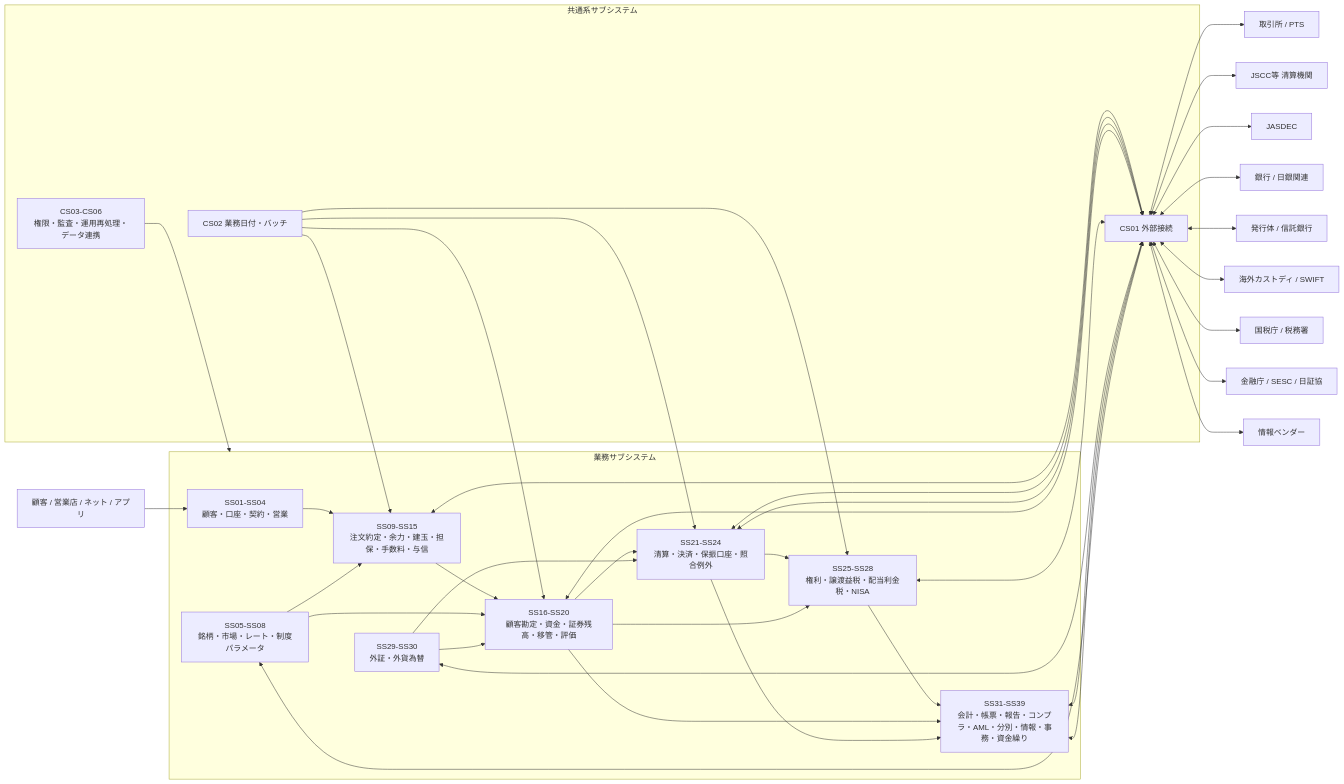
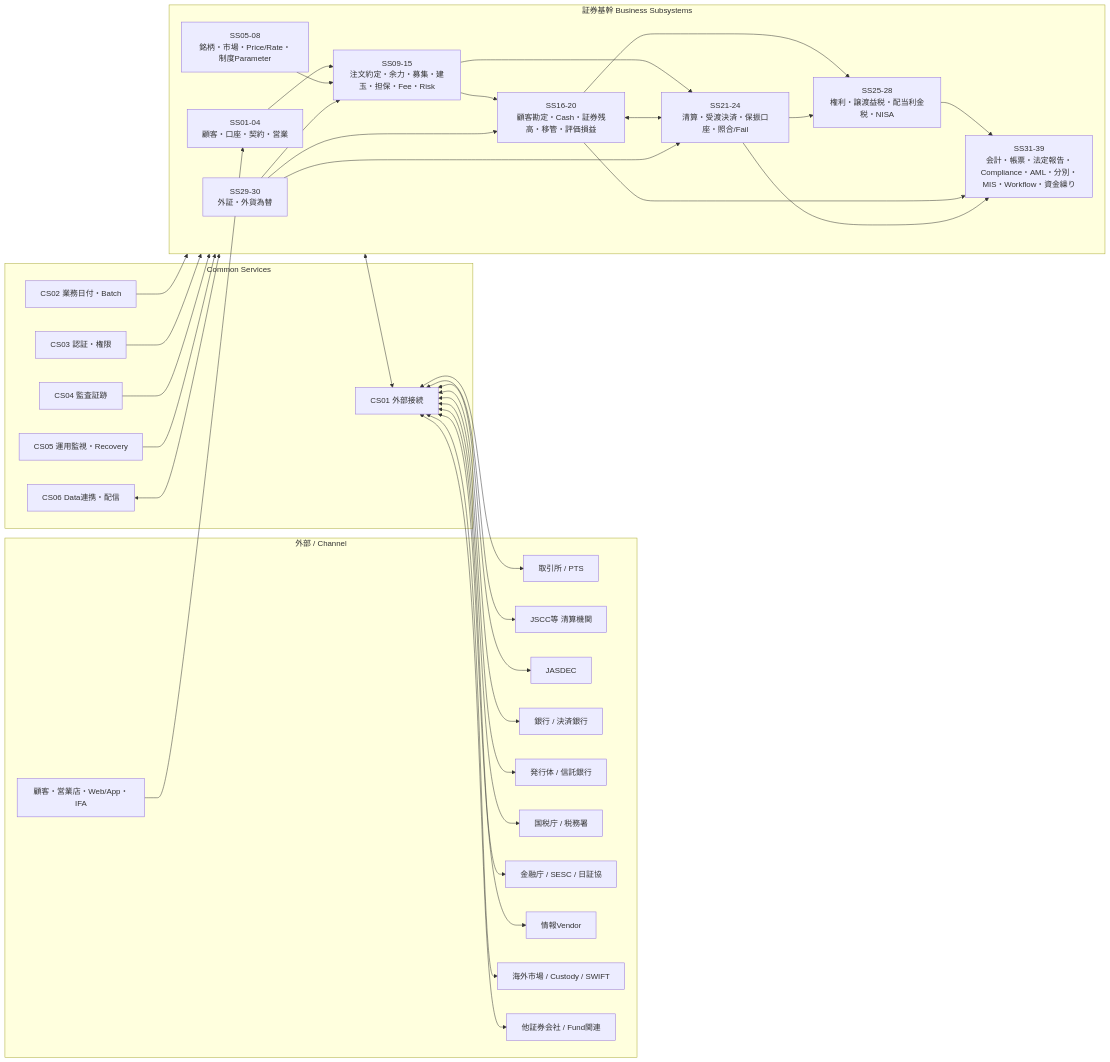
The first of 3 diagrams in docs/01-architecture/SYSTEM_LANDSCAPE.md (skyTreeCN/jp-securitie-skills), drawn with Mermaid before and after one commit. The commit also changed other lines of this file, not shown here.

````diff
--- a/docs/01-architecture/SYSTEM_LANDSCAPE.md
+++ b/docs/01-architecture/SYSTEM_LANDSCAPE.md
@@ -9,57 +10,70 @@
 ```mermaid
 flowchart LR
-  CUST[顧客 / 営業店 / ネット / アプリ]
-  MKT[取引所 / PTS]
-  CLR[JSCC等 清算機関]
-  JAS[JASDEC]
-  BANK[銀行 / 日銀関連]
-  ISS[発行体 / 信託銀行]
-  TAX[国税庁 / 税務署]
-  REG[金融庁 / SESC / 日証協]
-  CUS[海外カストディ / SWIFT]
-  INFO[情報ベンダー]
 
-  subgraph CORE[業務サブシステム]
-    A[SS01-SS04\n顧客・口座・契約・営業]
-    B[SS05-SS08\n銘柄・市場・レート・制度パラメータ]
-    C[SS09-SS15\n注文約定・余力・建玉・担保・手数料・与信]
-    D[SS16-SS20\n顧客勘定・資金・証券残高・移管・評価]
-    E[SS21-SS24\n清算・決済・保振口座・照合例外]
-    F[SS25-SS28\n権利・譲渡益税・配当利金税・NISA]
-    G[SS29-SS30\n外証・外貨為替]
-    H[SS31-SS39\n会計・帳票・報告・コンプラ・AML・分別・情報・事務・資金繰り]
+  subgraph EXT[外部 / Channel]
+    CUST[顧客・営業店・Web/App・IFA]
+    MKT[取引所 / PTS]
+    CCP[JSCC等 清算機関]
+    JAS[JASDEC]
+    BANK[銀行 / 決済銀行]
+    ISS[発行体 / 信託銀行]
+    TAX[国税庁 / 税務署]
+    REG[金融庁 / SESC / 日証協]
+    VEND[情報Vendor]
+    GC[海外市場 / Custody / SWIFT]
+    OTH[他証券会社 / Fund関連]
   end
 
-  subgraph COMMON[共通系サブシステム]
-    X[CS01 外部接続]
-    Y[CS02 業務日付・バッチ]
-    Z[CS03-CS06\n権限・監査・運用再処理・データ連携]
+  subgraph CORE[証券基幹 Business Subsystems]
+    A[SS01-04\n顧客・口座・契約・営業]
+    B[SS05-08\n銘柄・市場・Price/Rate・制度Parameter]
+    C[SS09-15\n注文約定・余力・募集・建玉・担保・Fee・Risk]
+    D[SS16-20\n顧客勘定・Cash・証券残高・移管・評価損益]
+    E[SS21-24\n清算・受渡決済・保振口座・照合/Fail]
+    F[SS25-28\n権利・譲渡益税・配当利金税・NISA]
+    G[SS29-30\n外証・外貨為替]
+    H[SS31-39\n会計・帳票・法定報告・Compliance・AML・分別・MIS・Workflow・資金繰り]
   end
 
-  CUST --> A --> C --> D --> E
+  subgraph COMMON[Common Services]
+    X1[CS01 外部接続]
+    X2[CS02 業務日付・Batch]
+    X3[CS03 認証・権限]
+    X4[CS04 監査証跡]
+    X5[CS05 運用監視・Recovery]
+    X6[CS06 Data連携・配信]
+  end
+
+  CUST --> A
+  A --> C
   B --> C
-  B --> D
+  C --> D
+  C --> E
+  D <--> E
+  D --> F
   E --> F
-  D --> F
+  G --> C
   G --> D
   G --> E
   F --> H
   D --> H
   E --> H
 
-  Y --> C
-  Y --> D
-  Y --> E
-  Y --> F
-  Z --> CORE
+  X2 --> CORE
+  X3 --> CORE
+  X4 --> CORE
+  X5 --> CORE
+  X6 <--> CORE
 
-  C <--> X <--> MKT
-  E <--> X <--> CLR
-  E <--> X <--> JAS
-  D <--> X <--> BANK
-  F <--> X <--> ISS
-  G <--> X <--> CUS
-  H <--> X <--> TAX
-  H <--> X <--> REG
-  B <--> X <--> INFO
+  CORE <--> X1
+  X1 <--> MKT
+  X1 <--> CCP
+  X1 <--> JAS
+  X1 <--> BANK
+  X1 <--> ISS
+  X1 <--> TAX
+  X1 <--> REG
+  X1 <--> VEND
+  X1 <--> GC
+  X1 <--> OTH
 ```
````
